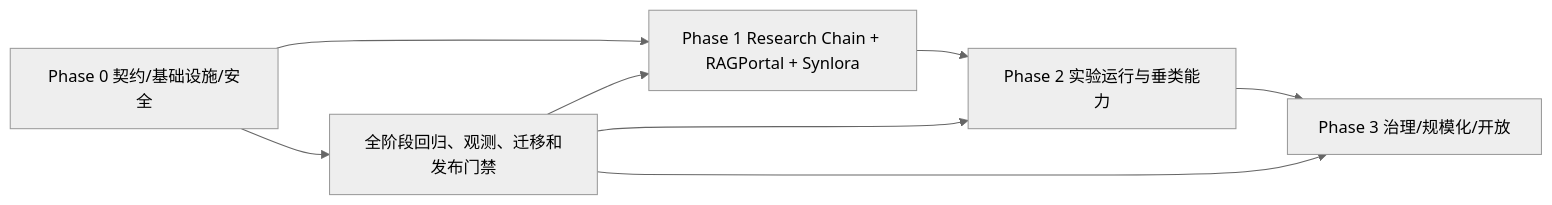
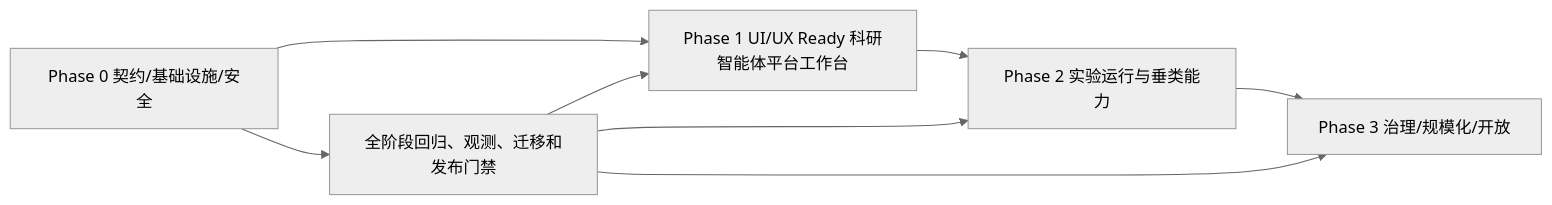
One commit to SynlysAI/plane changed the diagram in docs/research-intelligent-platform-prd.md. Above: the diagram before and after it, drawn with Mermaid (neutral theme). The commit also changed other lines of this file and 4 other files, not shown here.

````diff
--- a/docs/research-intelligent-platform-prd.md
+++ b/docs/research-intelligent-platform-prd.md
@@ -718,10 +732,10 @@
 ```mermaid
 flowchart LR
-    P0[Phase 0 契约/基础设施/安全] --> P1[Phase 1 Research Chain + RAGPortal + Synlora]
+    P0[Phase 0 契约/基础设施/安全] --> P1[Phase 1 UI/UX Ready 科研智能体平台工作台]
     P1 --> P2[Phase 2 实验运行与垂类能力]
     P2 --> P3[Phase 3 治理/规模化/开放]
     P0 --> G[全阶段回归、观测、迁移和发布门禁]
     G --> P1
     G --> P2
     G --> P3
 ```
````
